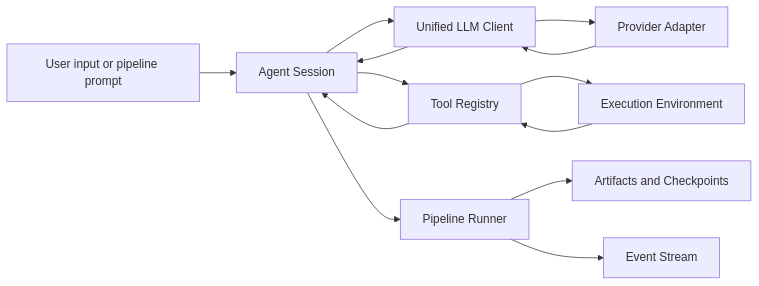
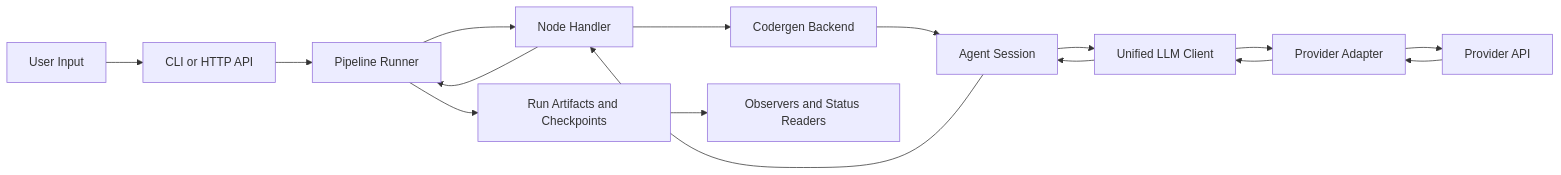
One commit to jaytaylor/attractor-php changed the fourth of 5 diagrams in docs/sprints/SPRINT-001-comprehensive-implementation-plan.md. Above: the diagram before and after it, drawn with Mermaid. The commit also changed other lines of this file, not shown here.

````diff
--- a/docs/sprints/SPRINT-001-comprehensive-implementation-plan.md
+++ b/docs/sprints/SPRINT-001-comprehensive-implementation-plan.md
@@ -621,15 +601,18 @@
 ```mermaid
 flowchart LR
-  UserInput[User input or pipeline prompt] --> AgentSession[Agent Session]
-  AgentSession --> UnifiedClient[Unified LLM Client]
-  UnifiedClient --> ProviderAPI[Provider Adapter]
-  ProviderAPI --> UnifiedClient
-  UnifiedClient --> AgentSession
-  AgentSession --> ToolRegistry[Tool Registry]
-  ToolRegistry --> ExecEnv[Execution Environment]
-  ExecEnv --> ToolRegistry
-  ToolRegistry --> AgentSession
-  AgentSession --> Runner[Pipeline Runner]
-  Runner --> ArtifactStore[Artifacts and Checkpoints]
-  Runner --> EventStream[Event Stream]
+    U[User Input] --> CLI[CLI or HTTP API]
+    CLI --> RUNNER[Pipeline Runner]
+    RUNNER --> HANDLER[Node Handler]
+    HANDLER --> BACKEND[Codergen Backend]
+    BACKEND --> AGENT[Agent Session]
+    AGENT --> LLM[Unified LLM Client]
+    LLM --> ADAPTER[Provider Adapter]
+    ADAPTER --> PROVIDER[Provider API]
+    PROVIDER --> ADAPTER
+    ADAPTER --> LLM
+    LLM --> AGENT
+    AGENT --> HANDLER
+    HANDLER --> RUNNER
+    RUNNER --> STORE[Run Artifacts and Checkpoints]
+    STORE --> OBS[Observers and Status Readers]
 ```
````
